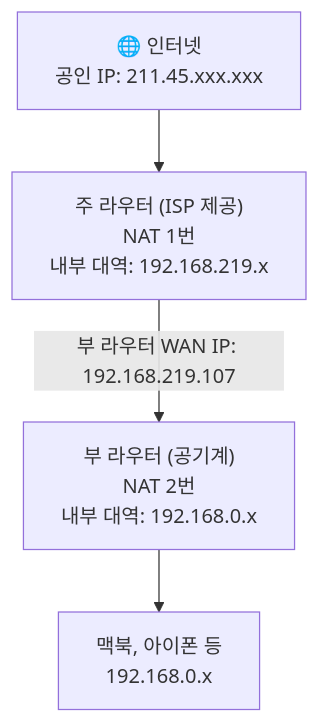
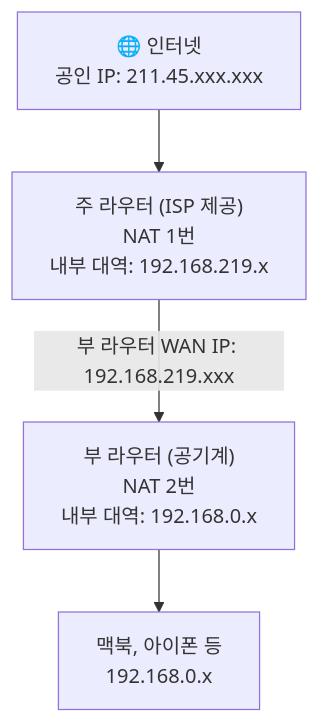
The second of 2 diagrams in content/ko/tech/router-vpn-01.md (samcho0608/samcho0608.github.io), drawn with Mermaid before and after one commit. The commit also changed other lines of this file and 1 other file, not shown here.

````diff
--- a/content/ko/tech/router-vpn-01.md
+++ b/content/ko/tech/router-vpn-01.md
@@ -98,11 +100,11 @@
 ```mermaid
 graph TD
     Internet["🌐 인터넷<br/>공인 IP: 211.45.xxx.xxx"]
     LG["주 라우터 (ISP 제공)<br/>NAT 1번<br/>내부 대역: 192.168.219.x"]
     C6["부 라우터 (공기계)<br/>NAT 2번<br/>내부 대역: 192.168.0.x"]
     Devices["맥북, 아이폰 등<br/>192.168.0.x"]
 
     Internet --> LG
-    LG -->|"부 라우터 WAN IP: 192.168.219.107"| C6
+    LG -->|"부 라우터 WAN IP: 192.168.219.xxx"| C6
     C6 --> Devices
 ```
````
